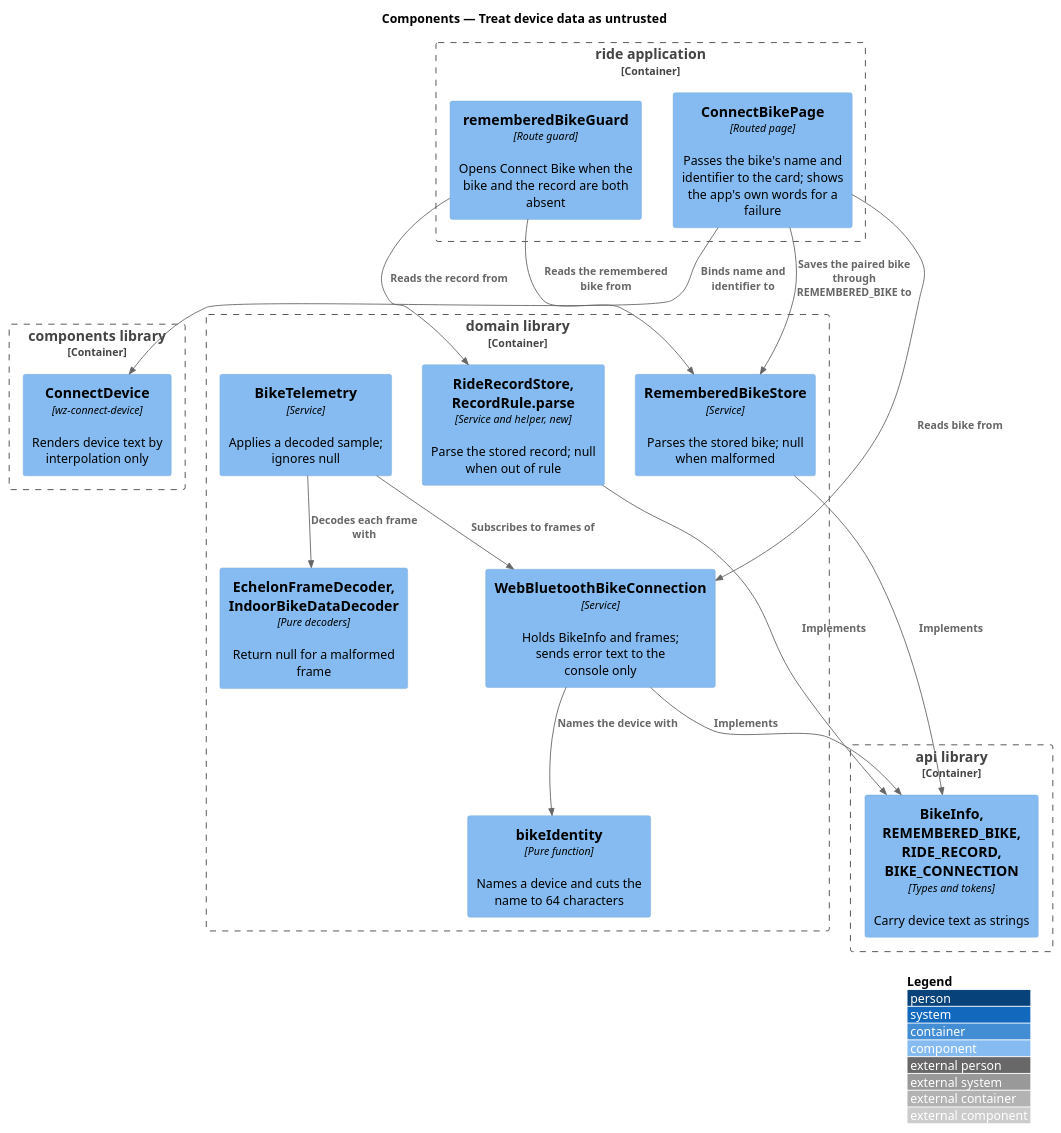
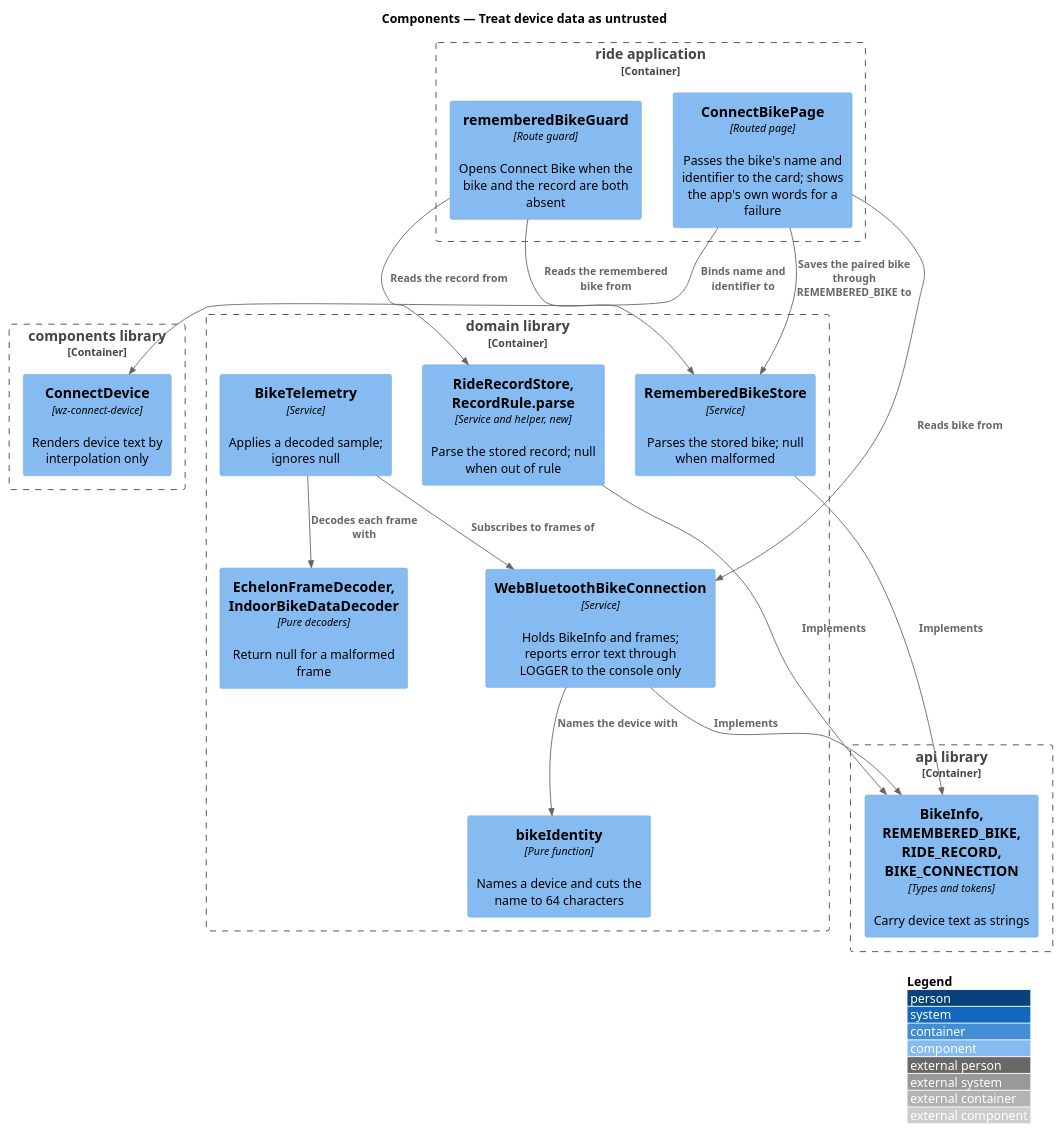
Before and after one commit to QuinntyneBrown/ride-one: the diagram in docs/detailed-designs/security/treat-device-data-as-untrusted/diagrams/c4-component.puml, drawn with PlantUML. The commit also changed 106 other files, not shown here.

First line of the commit message:
Reconcile shared names and flows across the Telo Ride 1 designs

```diff
--- a/docs/detailed-designs/security/treat-device-data-as-untrusted/diagrams/c4-component.puml
+++ b/docs/detailed-designs/security/treat-device-data-as-untrusted/diagrams/c4-component.puml
@@ -1,35 +1,35 @@
 @startuml
 !include <C4/C4_Component>
 LAYOUT_WITH_LEGEND()
 title Components — Treat device data as untrusted
 
 Container_Boundary(ride, "ride application") {
   Component(page, "ConnectBikePage", "Routed page", "Passes the bike's name and identifier to the card; shows the app's own words for a failure")
   Component(guard, "rememberedBikeGuard", "Route guard", "Opens Connect Bike when the bike and the record are both absent")
 }
 Container_Boundary(componentslib, "components library") {
   Component(card, "ConnectDevice", "wz-connect-device", "Renders device text by interpolation only")
 }
 Container_Boundary(domainlib, "domain library") {
   Component(identity, "bikeIdentity", "Pure function", "Names a device and cuts the name to 64 characters")
-  Component(conn, "WebBluetoothBikeConnection", "Service", "Holds BikeInfo and frames; sends error text to the console only")
+  Component(conn, "WebBluetoothBikeConnection", "Service", "Holds BikeInfo and frames; reports error text through LOGGER to the console only")
   Component(bikeStore, "RememberedBikeStore", "Service", "Parses the stored bike; null when malformed")
   Component(recordStore, "RideRecordStore, RecordRule.parse", "Service and helper, new", "Parse the stored record; null when out of rule")
   Component(telemetry, "BikeTelemetry", "Service", "Applies a decoded sample; ignores null")
   Component(decoders, "EchelonFrameDecoder, IndoorBikeDataDecoder", "Pure decoders", "Return null for a malformed frame")
 }
 Container_Boundary(apilib, "api library") {
   Component(contracts, "BikeInfo, REMEMBERED_BIKE, RIDE_RECORD, BIKE_CONNECTION", "Types and tokens", "Carry device text as strings")
 }
 Rel(page, card, "Binds name and identifier to")
 Rel(page, conn, "Reads bike from")
 Rel(conn, identity, "Names the device with")
 Rel(page, bikeStore, "Saves the paired bike through REMEMBERED_BIKE to")
 Rel(guard, bikeStore, "Reads the remembered bike from")
 Rel(guard, recordStore, "Reads the record from")
 Rel(telemetry, conn, "Subscribes to frames of")
 Rel(telemetry, decoders, "Decodes each frame with")
 Rel(conn, contracts, "Implements")
 Rel(bikeStore, contracts, "Implements")
 Rel(recordStore, contracts, "Implements")
 @enduml
```
